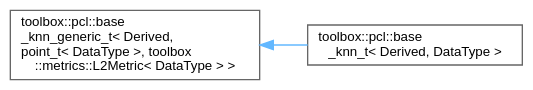
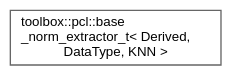
One commit to nerdneilsfield/cpp-toolbox changed the diagram in inherit_graph_103.dot. Above: the diagram before and after it, drawn with Graphviz. The commit also changed 738 other files, not shown here.

```diff
--- a/inherit_graph_103.dot
+++ b/inherit_graph_103.dot
@@ -1,11 +1,9 @@
 digraph "Graphical Class Hierarchy"
 {
  // LATEX_PDF_SIZE
   bgcolor="transparent";
   edge [fontname=Helvetica,fontsize=10,labelfontname=Helvetica,labelfontsize=10];
   node [fontname=Helvetica,fontsize=10,shape=box,height=0.2,width=0.4];
   rankdir="LR";
-  Node0 [id="Node000000",label="toolbox::pcl::base\l_knn_generic_t\< Derived,\l point_t\< DataType \>, toolbox\l::metrics::L2Metric\< DataType \> \>",height=0.2,width=0.4,color="grey40", fillcolor="white", style="filled",URL="$classtoolbox_1_1pcl_1_1base__knn__generic__t.html",tooltip=" "];
-  Node0 -> Node1 [id="edge101_Node000000_Node000001",dir="back",color="steelblue1",style="solid",tooltip=" "];
-  Node1 [id="Node000001",label="toolbox::pcl::base\l_knn_t\< Derived, DataType \>",height=0.2,width=0.4,color="grey40", fillcolor="white", style="filled",URL="$classtoolbox_1_1pcl_1_1base__knn__t.html",tooltip=" "];
+  Node0 [id="Node000000",label="toolbox::pcl::base\l_norm_extractor_t\< Derived,\l DataType, KNN \>",height=0.2,width=0.4,color="grey40", fillcolor="white", style="filled",URL="$classtoolbox_1_1pcl_1_1base__norm__extractor__t.html",tooltip="法向量提取器的基类（CRTP模式） / Base class for normal extractors (CRTP pattern)"];
 }
```
